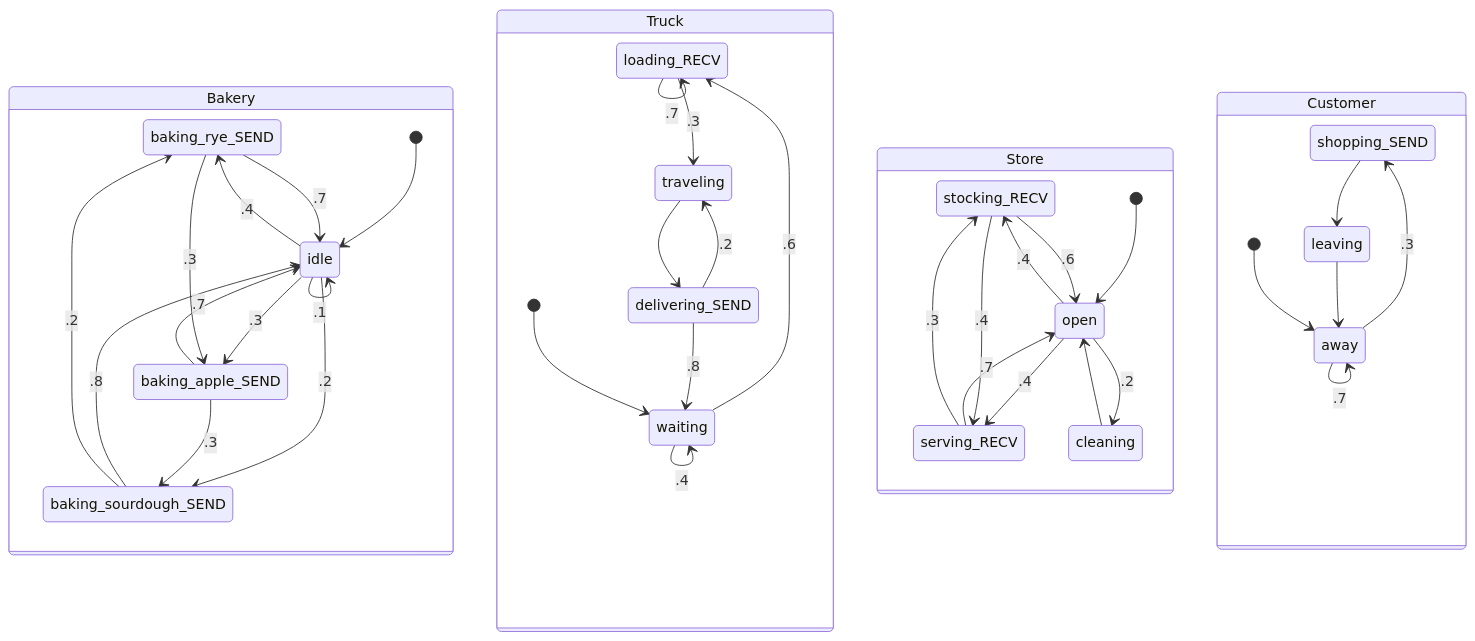
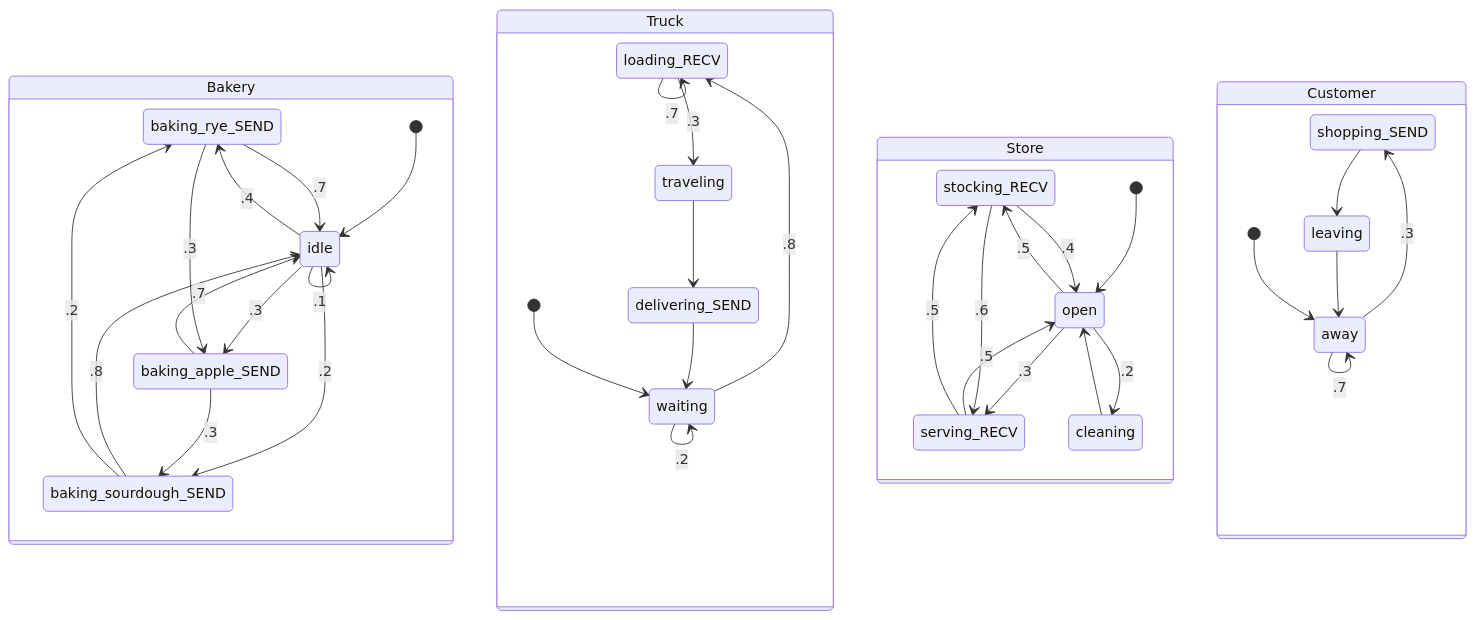
Before and after one commit to rfielding/ctl: the first of 3 diagrams in z3/run.md, drawn with Mermaid. The commit also changed other lines of this file and 1 other file, not shown here.

````diff
--- a/z3/run.md
+++ b/z3/run.md
@@ -337,63 +309,62 @@
 ```mermaid
 stateDiagram-v2
     state Bakery {
         Bakery_baking_rye : baking_rye_SEND
         Bakery_baking_apple : baking_apple_SEND
         Bakery_baking_sourdough : baking_sourdough_SEND
         Bakery_idle : idle
         [*] --> Bakery_idle
         Bakery_idle --> Bakery_baking_rye : .4
         Bakery_idle --> Bakery_baking_apple : .3
         Bakery_idle --> Bakery_baking_sourdough : .2
         Bakery_idle --> Bakery_idle : .1
         Bakery_baking_rye --> Bakery_idle : .7
         Bakery_baking_rye --> Bakery_baking_apple : .3
         Bakery_baking_apple --> Bakery_idle : .7
         Bakery_baking_apple --> Bakery_baking_sourdough : .3
         Bakery_baking_sourdough --> Bakery_idle : .8
         Bakery_baking_sourdough --> Bakery_baking_rye : .2
     }
 
     state Truck {
         Truck_loading : loading_RECV
         Truck_traveling : traveling
         Truck_delivering : delivering_SEND
         Truck_waiting : waiting
         [*] --> Truck_waiting
-        Truck_waiting --> Truck_loading : .6
-        Truck_waiting --> Truck_waiting : .4
+        Truck_waiting --> Truck_loading : .8
+        Truck_waiting --> Truck_waiting : .2
         Truck_loading --> Truck_traveling : .3
         Truck_loading --> Truck_loading : .7
         Truck_traveling --> Truck_delivering
-        Truck_delivering --> Truck_waiting : .8
-        Truck_delivering --> Truck_traveling : .2
+        Truck_delivering --> Truck_waiting
     }
 
     state Store {
         Store_stocking : stocking_RECV
         Store_serving : serving_RECV
         Store_cleaning : cleaning
         Store_open : open
         [*] --> Store_open
-        Store_open --> Store_stocking : .4
-        Store_open --> Store_serving : .4
+        Store_open --> Store_stocking : .5
+        Store_open --> Store_serving : .3
         Store_open --> Store_cleaning : .2
-        Store_stocking --> Store_open : .6
-        Store_stocking --> Store_serving : .4
-        Store_serving --> Store_open : .7
-        Store_serving --> Store_stocking : .3
+        Store_stocking --> Store_open : .4
+        Store_stocking --> Store_serving : .6
+        Store_serving --> Store_open : .5
+        Store_serving --> Store_stocking : .5
         Store_cleaning --> Store_open
     }
 
     state Customer {
         Customer_shopping : shopping_SEND
         Customer_leaving : leaving
         Customer_away : away
         [*] --> Customer_away
         Customer_away --> Customer_away : .7
         Customer_away --> Customer_shopping : .3
         Customer_shopping --> Customer_leaving
         Customer_leaving --> Customer_away
     }
 
 ```
````
